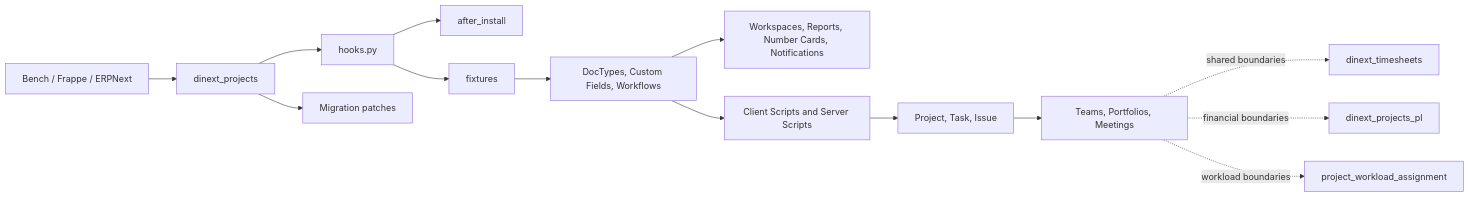
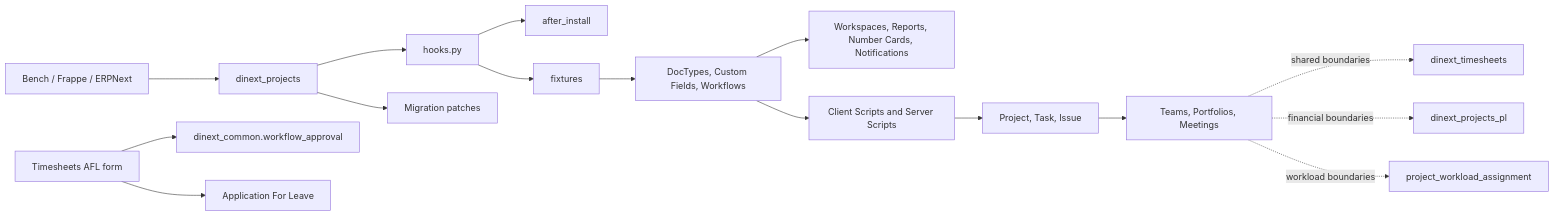
The diagram in README.md (Dinext-pro/dinext-projects), drawn with Mermaid before and after one commit. The commit also changed other lines of this file and 31 other files, not shown here.

````diff
--- a/README.md
+++ b/README.md
@@ -322,16 +319,18 @@
 ```mermaid
 flowchart LR
   Bench[Bench / Frappe / ERPNext] --> App[dinext_projects]
   App --> Hooks[hooks.py]
   Hooks --> Install[after_install]
   Hooks --> Fixtures[fixtures]
   Fixtures --> Metadata[DocTypes, Custom Fields, Workflows]
   Metadata --> Desk[Workspaces, Reports, Number Cards, Notifications]
   Metadata --> Automation[Client Scripts and Server Scripts]
   Automation --> Core[Project, Task, Issue]
   Core --> PM[Teams, Portfolios, Meetings]
   App --> Patches[Migration patches]
   PM -. shared boundaries .-> Timesheets[dinext_timesheets]
   PM -. financial boundaries .-> Finance[dinext_projects_pl]
   PM -. workload boundaries .-> Workload[project_workload_assignment]
+  AFLJs[Timesheets AFL form] --> CommonEngine[dinext_common.workflow_approval]
+  AFLJs --> AFLDoc[Application For Leave]
 ```
````
